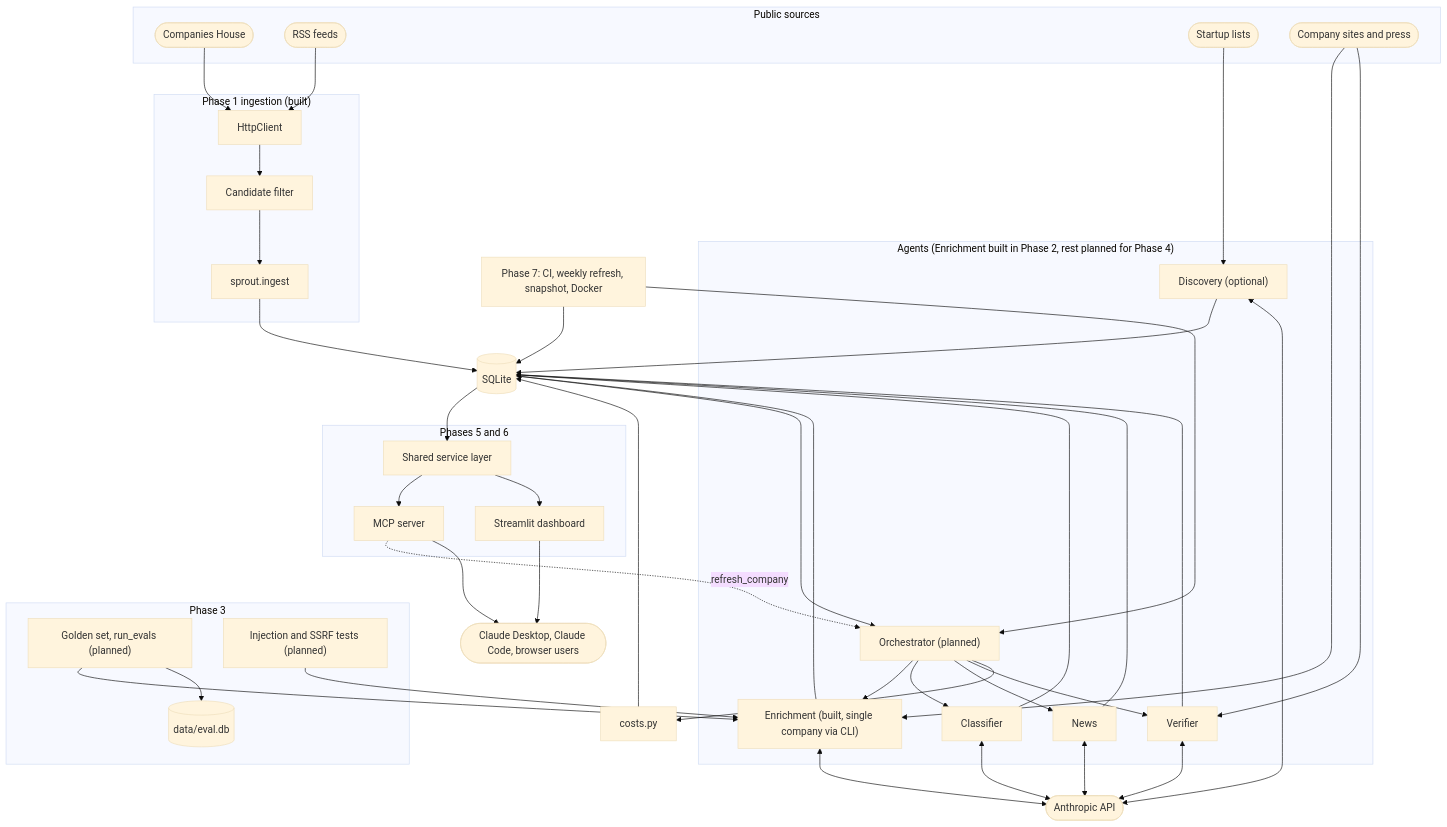
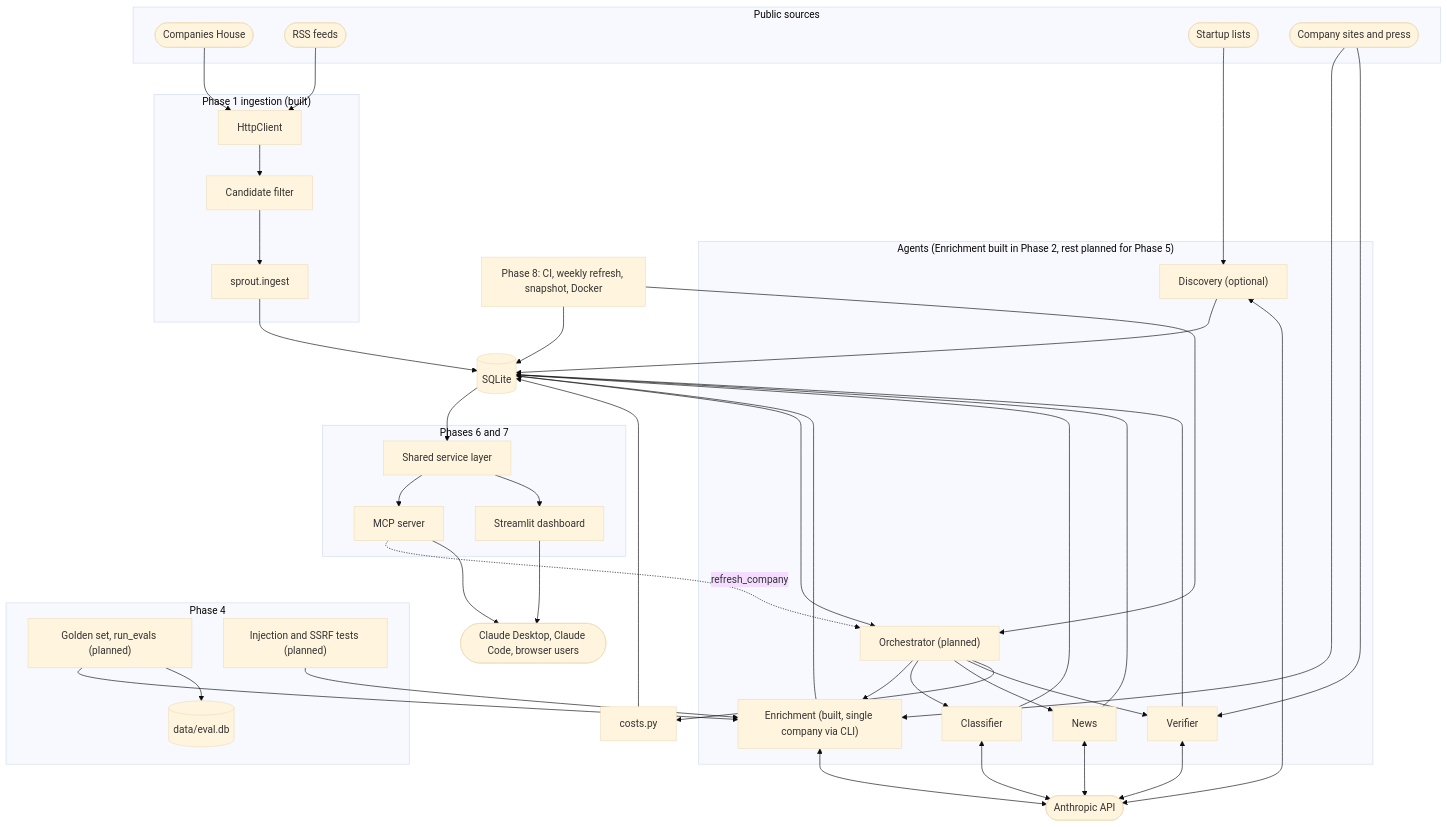
The tenth of 13 diagrams in docs/architecture.md (Farzaanee/sprout), drawn with Mermaid (base theme) before and after one commit. The commit also changed other lines of this file and 4 other files, not shown here.

````diff
--- a/docs/architecture.md
+++ b/docs/architecture.md
@@ -360,73 +378,73 @@
 ```mermaid
 flowchart TB
     subgraph SOURCES["Public sources"]
         CH(["Companies House"])
         RSSF(["RSS feeds"])
         LISTS(["Startup lists"])
         SITES(["Company sites and press"])
     end
     subgraph ING["Phase 1 ingestion (built)"]
         HTTPL["HttpClient"]
         CAND["Candidate filter"]
         INGEST["sprout.ingest"]
     end
     SQL[("SQLite")]
-    subgraph PIPE["Agents (Enrichment built in Phase 2, rest planned for Phase 4)"]
+    subgraph PIPE["Agents (Enrichment built in Phase 2, rest planned for Phase 5)"]
         ORCH["Orchestrator (planned)"]
         ENR["Enrichment (built, single company via CLI)"]
         CLS["Classifier"]
         NEWS["News"]
         VER["Verifier"]
         DISC["Discovery (optional)"]
     end
     LLM(["Anthropic API"])
     COST["costs.py"]
-    subgraph SERVE["Phases 5 and 6"]
+    subgraph SERVE["Phases 6 and 7"]
         SVC["Shared service layer"]
         MCP["MCP server"]
         DASH["Streamlit dashboard"]
     end
-    subgraph QA["Phase 3"]
+    subgraph QA["Phase 4"]
         EVALS["Golden set, run_evals (planned)"]
         EDB[("data/eval.db")]
         GUARDS["Injection and SSRF tests (planned)"]
     end
     CLIENTS(["Claude Desktop, Claude Code, browser users"])
-    AUTO["Phase 7: CI, weekly refresh, snapshot, Docker"]
+    AUTO["Phase 8: CI, weekly refresh, snapshot, Docker"]
     CH --> HTTPL
     RSSF --> HTTPL
     HTTPL --> CAND
     CAND --> INGEST
     INGEST --> SQL
     SQL --> ORCH
     ORCH --> ENR
     ORCH --> CLS
     ORCH --> NEWS
     ORCH --> VER
     DISC --> SQL
     LISTS --> DISC
     SITES --> ENR
     SITES --> VER
     ENR <--> LLM
     CLS <--> LLM
     NEWS <--> LLM
     VER <--> LLM
     DISC <--> LLM
     ENR --> SQL
     CLS --> SQL
     NEWS --> SQL
     VER --> SQL
     ORCH --> COST
     COST --> SQL
     SQL --> SVC
     SVC --> MCP
     SVC --> DASH
     MCP -. "refresh_company" .-> ORCH
     MCP --> CLIENTS
     DASH --> CLIENTS
     EVALS --> ENR
     EVALS --> EDB
     GUARDS --> ENR
     AUTO --> ORCH
     AUTO --> SQL
 ```
````
